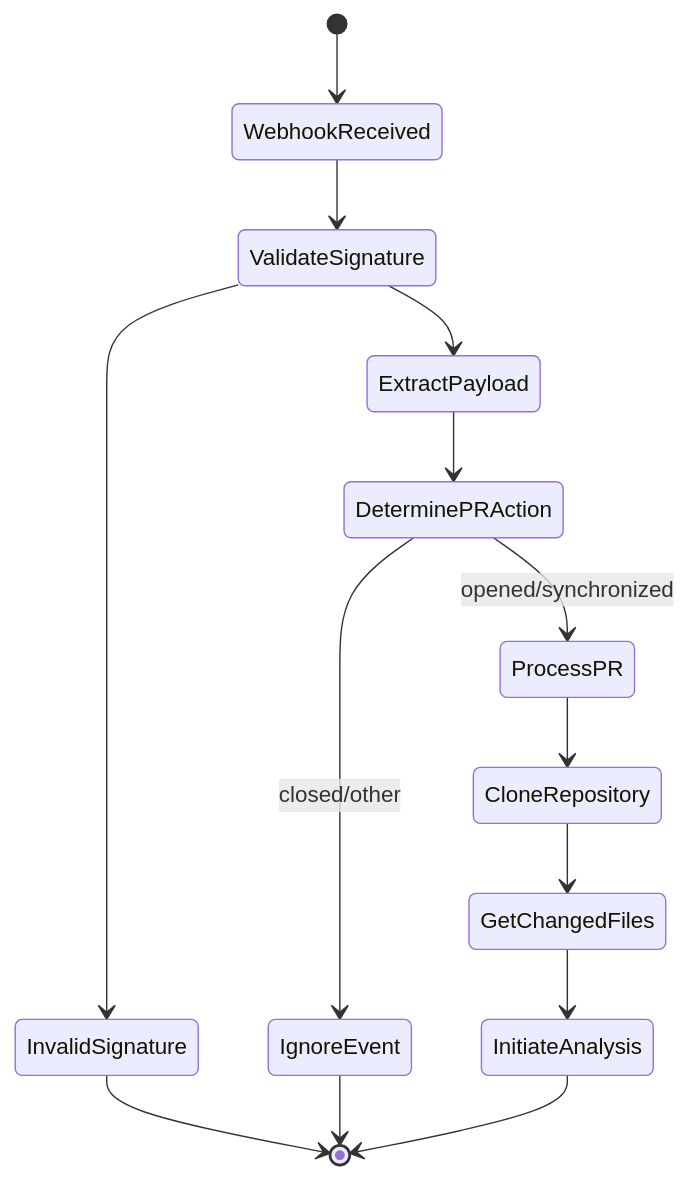
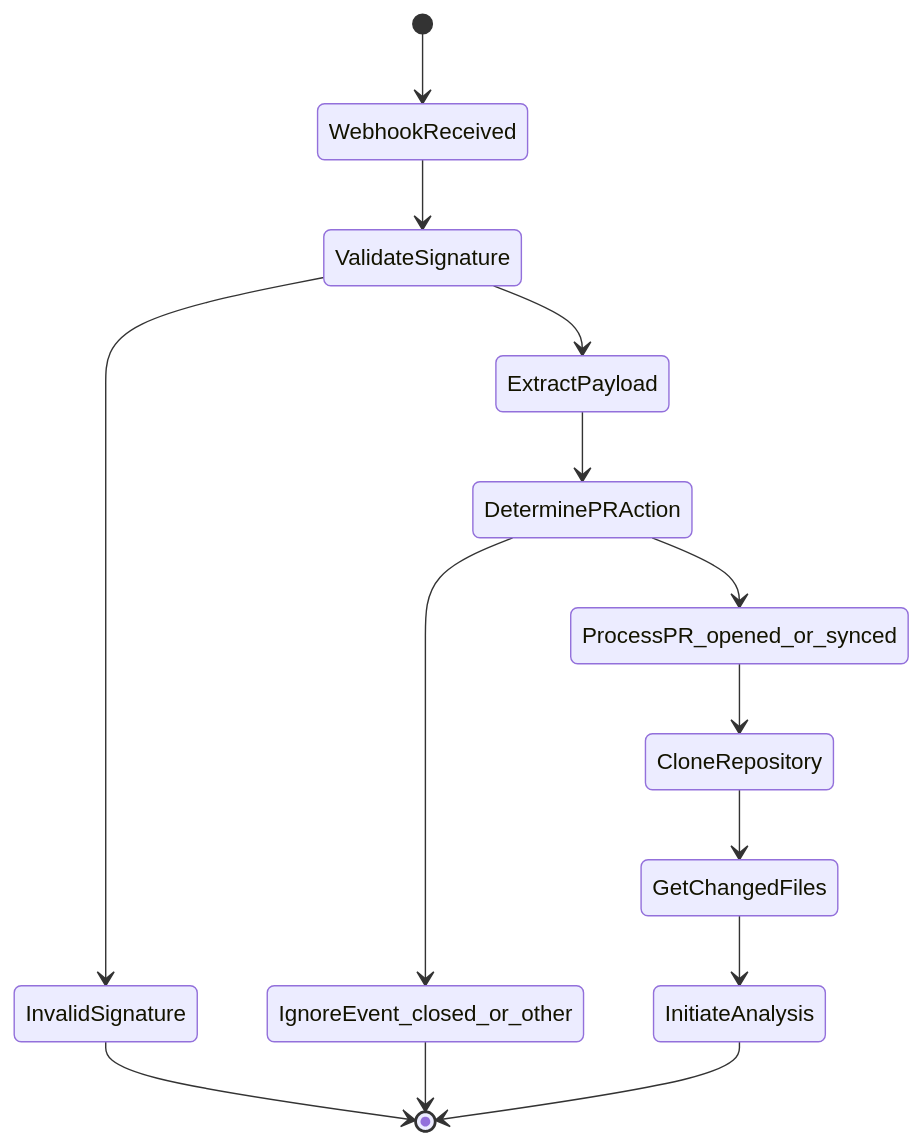
Before and after one commit to EuclidStellar/golloraa: the second of 6 diagrams in logical_flow.md, drawn with Mermaid. The commit also changed other lines of this file, not shown here.

First line of the commit message:
Refactor logical flow diagrams for consistency

````diff
--- a/logical_flow.md
+++ b/logical_flow.md
@@ -72,19 +71,16 @@
 ```mermaid
 stateDiagram-v2
     [*] --> WebhookReceived
-    
     WebhookReceived --> ValidateSignature
     ValidateSignature --> ExtractPayload
     ValidateSignature --> InvalidSignature
     InvalidSignature --> [*]
-    
     ExtractPayload --> DeterminePRAction
-    DeterminePRAction --> ProcessPR: opened/synchronized
-    DeterminePRAction --> IgnoreEvent: closed/other
-    IgnoreEvent --> [*]
-    
-    ProcessPR --> CloneRepository
+    DeterminePRAction --> ProcessPR_opened_or_synced
+    DeterminePRAction --> IgnoreEvent_closed_or_other
+    IgnoreEvent_closed_or_other --> [*]
+    ProcessPR_opened_or_synced --> CloneRepository
     CloneRepository --> GetChangedFiles
     GetChangedFiles --> InitiateAnalysis
     InitiateAnalysis --> [*]
 ```
````
